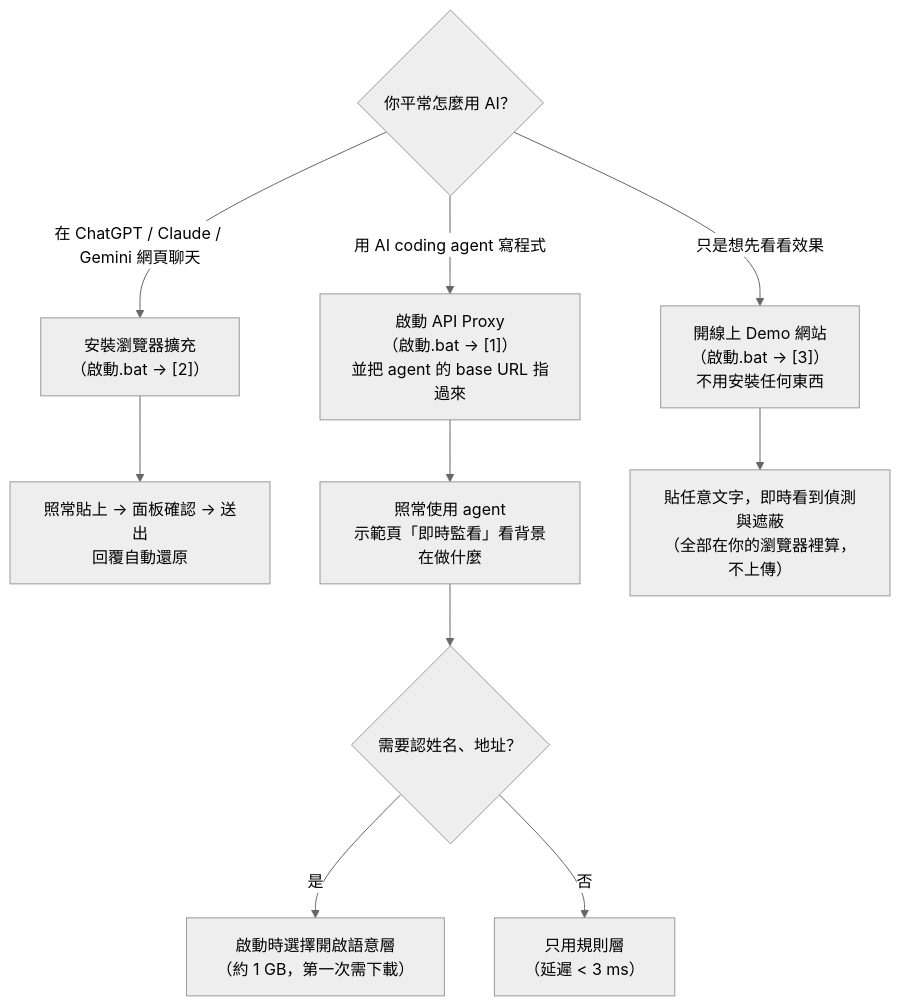
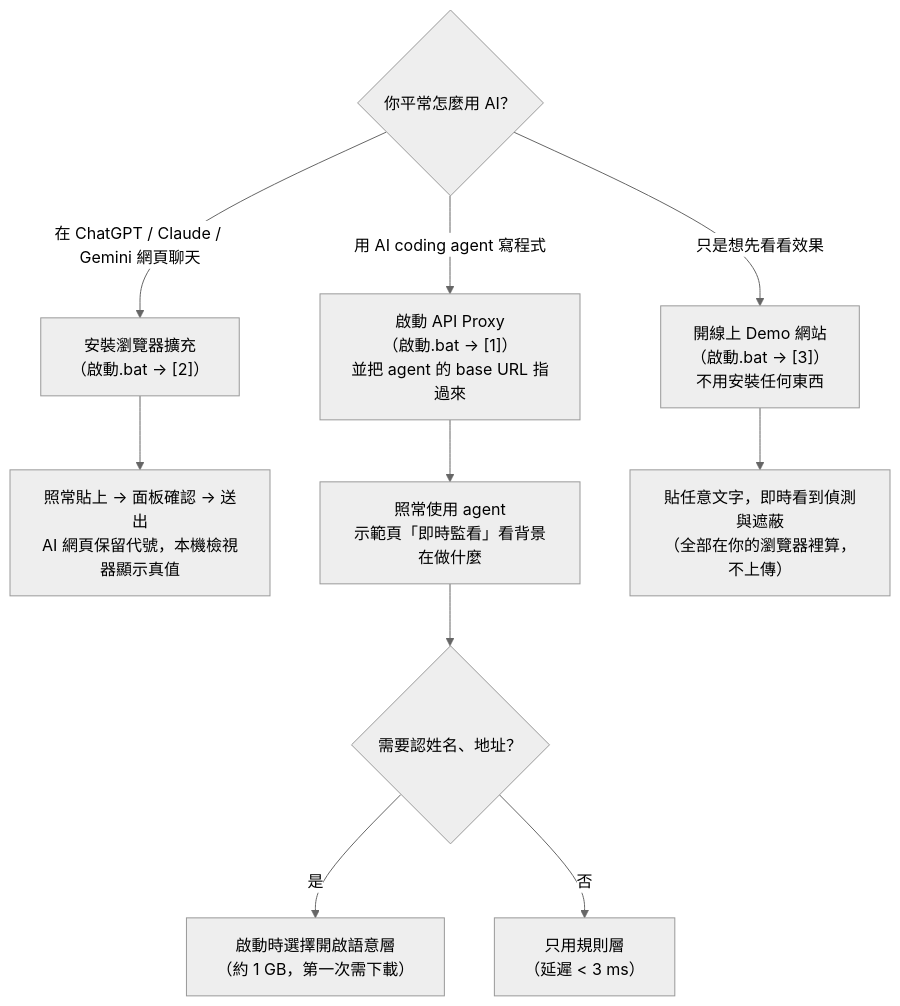
One commit to JustinGNPS/tw-pii-filter changed the seventh of 8 diagrams in docs/流程圖與工作流.md. Above: the diagram before and after it, drawn with Mermaid (neutral theme). The commit also changed other lines of this file and 2 other files, not shown here.

````diff
--- a/docs/流程圖與工作流.md
+++ b/docs/流程圖與工作流.md
@@ -202,15 +204,15 @@
 ```mermaid
 flowchart TD
     Q{"你平常怎麼用 AI？"}
     Q -- "在 ChatGPT / Claude / Gemini 網頁聊天" --> E["安裝瀏覽器擴充<br/>（啟動.bat → [2]）"]
     Q -- "用 AI coding agent 寫程式" --> P["啟動 API Proxy<br/>（啟動.bat → [1]）<br/>並把 agent 的 base URL 指過來"]
     Q -- "只是想先看看效果" --> W["開線上 Demo 網站<br/>（啟動.bat → [3]）<br/>不用安裝任何東西"]
 
-    E --> E1["照常貼上 → 面板確認 → 送出<br/>回覆自動還原"]
+    E --> E1["照常貼上 → 面板確認 → 送出<br/>AI 網頁保留代號，本機檢視器顯示真值"]
     P --> P1["照常使用 agent<br/>示範頁「即時監看」看背景在做什麼"]
     W --> W1["貼任意文字，即時看到偵測與遮蔽<br/>（全部在你的瀏覽器裡算，不上傳）"]
 
     P1 --> NER{"需要認姓名、地址？"}
     NER -- 是 --> N1["啟動時選擇開啟語意層<br/>（約 1 GB，第一次需下載）"]
     NER -- 否 --> N2["只用規則層<br/>（延遲 < 3 ms）"]
 ```
````
